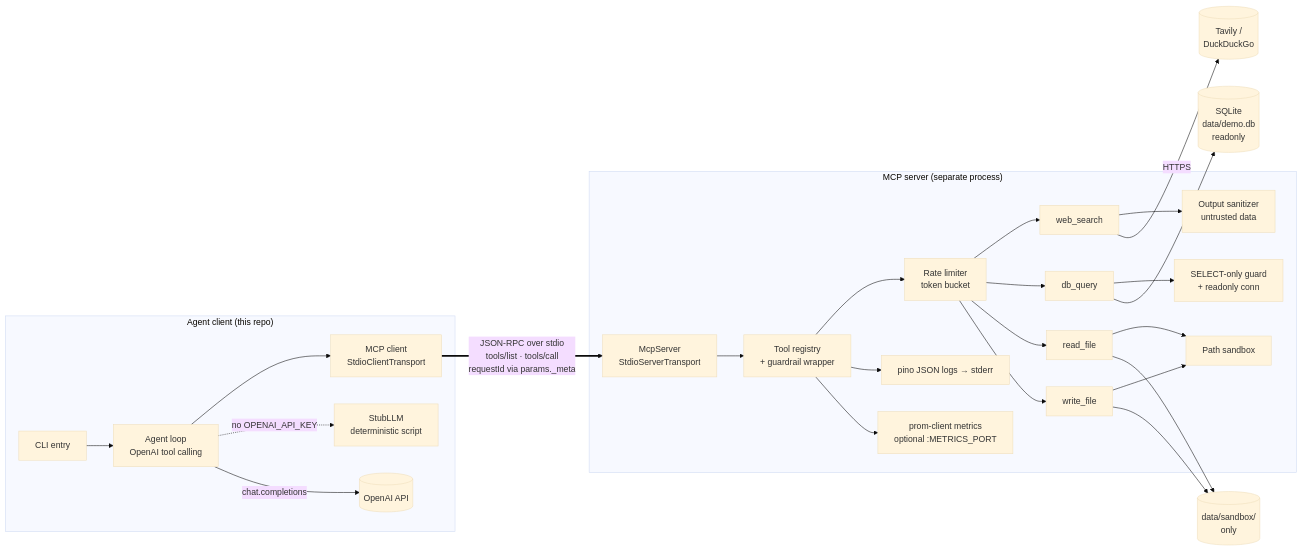
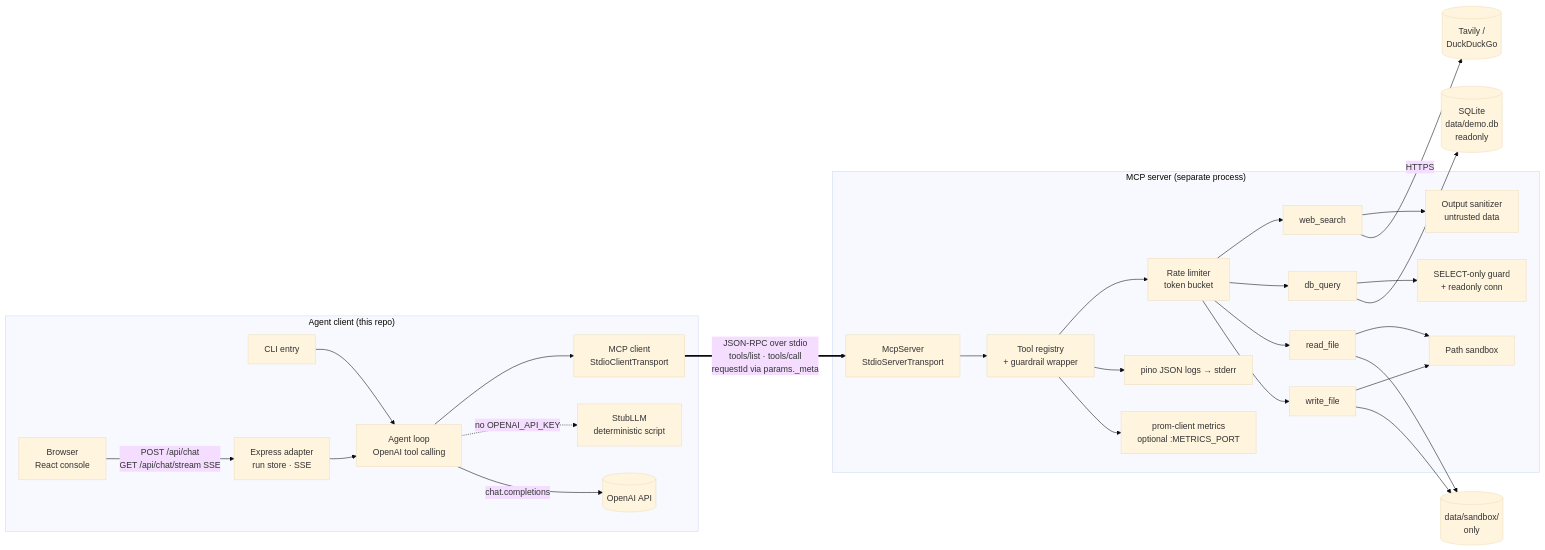
One commit to kanderson-ai-dev/mcp-agent-toolkit changed the diagram in docs/architecture.md. Above: the diagram before and after it, drawn with Mermaid (base theme). The commit also changed other lines of this file and 6 other files, not shown here.

First line of the commit message:
docs: web console across architecture, README, Docker

````diff
--- a/docs/architecture.md
+++ b/docs/architecture.md
@@ -9,31 +9,33 @@
 ```mermaid
 graph LR
     subgraph client["Agent client (this repo)"]
         CLI[CLI entry] --> LOOP[Agent loop<br/>OpenAI tool calling]
+        BROWSER[Browser<br/>React console] -->|POST /api/chat<br/>GET /api/chat/stream SSE| WEB[Express adapter<br/>run store · SSE]
+        WEB --> LOOP
         LOOP --> MC[MCP client<br/>StdioClientTransport]
         LOOP -.->|no OPENAI_API_KEY| STUB[StubLLM<br/>deterministic script]
         LOOP -->|chat.completions| OAI[(OpenAI API)]
     end
 
     MC ==>|"JSON-RPC over stdio<br/>tools/list · tools/call<br/>requestId via params._meta"| MS
 
     subgraph server["MCP server (separate process)"]
         MS[McpServer<br/>StdioServerTransport] --> REG[Tool registry<br/>+ guardrail wrapper]
         REG --> RL[Rate limiter<br/>token bucket]
         RL --> T1[web_search]
         RL --> T2[db_query]
         RL --> T3[read_file]
         RL --> T4[write_file]
         T1 --> SANE[Output sanitizer<br/>untrusted data]
         T2 --> SQLG[SELECT-only guard<br/>+ readonly conn]
         T3 --> FS[Path sandbox]
         T4 --> FS
         REG --> LOG[pino JSON logs → stderr]
         REG --> MET[prom-client metrics<br/>optional :METRICS_PORT]
     end
 
     T1 -->|HTTPS| EXT1[(Tavily /<br/>DuckDuckGo)]
     T2 --> EXT2[(SQLite<br/>data/demo.db<br/>readonly)]
     T3 --> EXT3[(data/sandbox/<br/>only)]
     T4 --> EXT3
 ```
````
